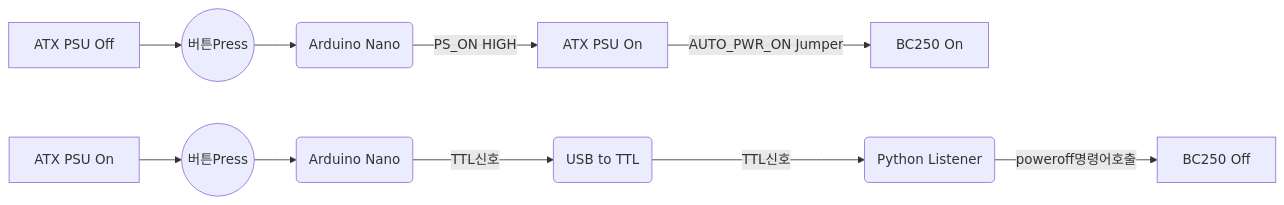
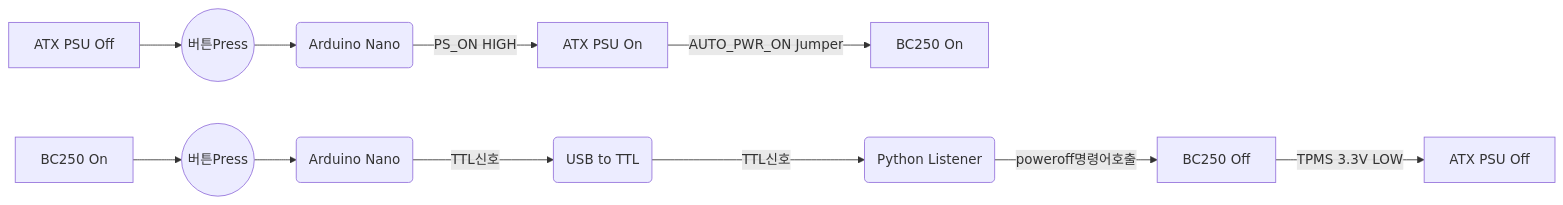
The first of 2 diagrams in README.md (coolsolgit/BC250-ATX-PSU-Control), drawn with Mermaid before and after one commit.

````diff
--- a/README.md
+++ b/README.md
@@ -23,13 +23,14 @@
 ```mermaid
 flowchart LR
 A1[ATX PSU Off] --> B1((버튼Press))
   B1 --> C1(Arduino Nano)
   C1 -->|PS_ON HIGH| D1[ATX PSU On]
   D1 -->|AUTO_PWR_ON Jumper| E1[BC250 On]
-A2[ATX PSU On] --> B2((버튼Press))
+A2[BC250 On] --> B2((버튼Press))
   B2 --> C2(Arduino Nano)
   C2 -->|TTL신호| D2(USB to TTL)
   D2 -->|TTL신호| E2(Python Listener)
   E2 -->|poweroff명령어호출| F2[BC250 Off]
+  F2 -->|TPMS 3.3V LOW| G2[ATX PSU Off]
 
 ```
````
